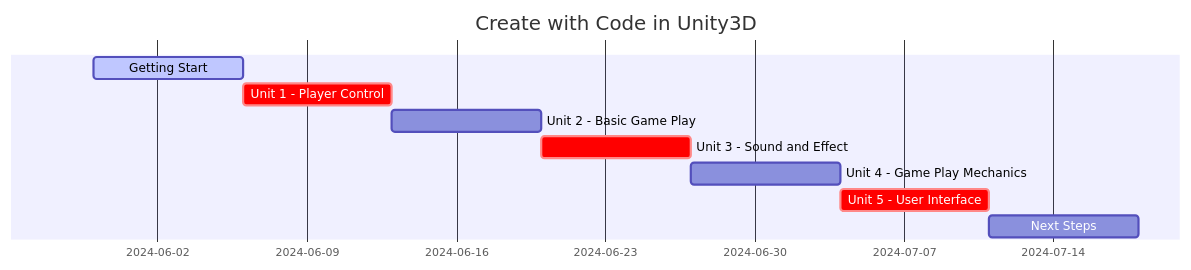
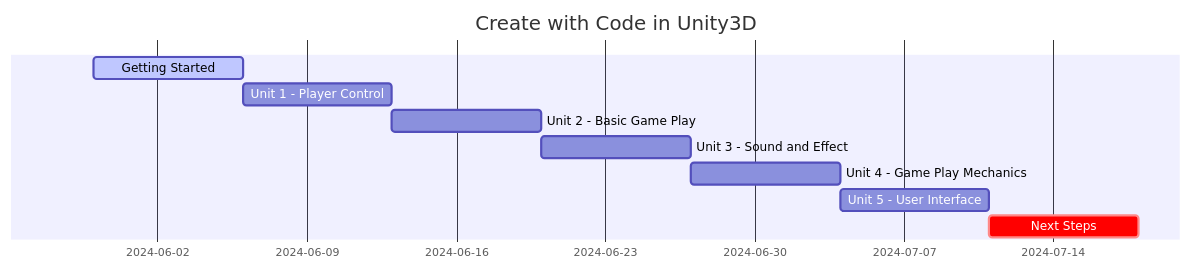
The diagram in _posts/2024-05-29-learn-to-develop-game.md (akillness/akillness.github.io), drawn with Mermaid before and after one commit. The commit also changed 1 other file, not shown here.

Commit message:
Update  mermaid

````diff
--- a/_posts/2024-05-29-learn-to-develop-game.md
+++ b/_posts/2024-05-29-learn-to-develop-game.md
@@ -19,11 +19,11 @@
 ```mermaid
  gantt
   title Create with Code in Unity3D
-  Getting Start :active, a, 2024-05-30, 1w
-  Unit 1 - Player Control :crit, b, after a, 1w
+  Getting Started :active, a, 2024-05-30, 1w
+  Unit 1 - Player Control :b, after a, 1w
   Unit 2 - Basic Game Play :c, after b, 1w
-  Unit 3 - Sound and Effect :crit, d, after c, 1w
+  Unit 3 - Sound and Effect : d, after c, 1w
   Unit 4 - Game Play Mechanics : e, after d, 1w
-  Unit 5 - User Interface :crit, f, after e, 1w
-  Next Steps : g, after f, 1w
+  Unit 5 - User Interface : f, after e, 1w
+  Next Steps : crit, g, after f, 1w
 ```
````
